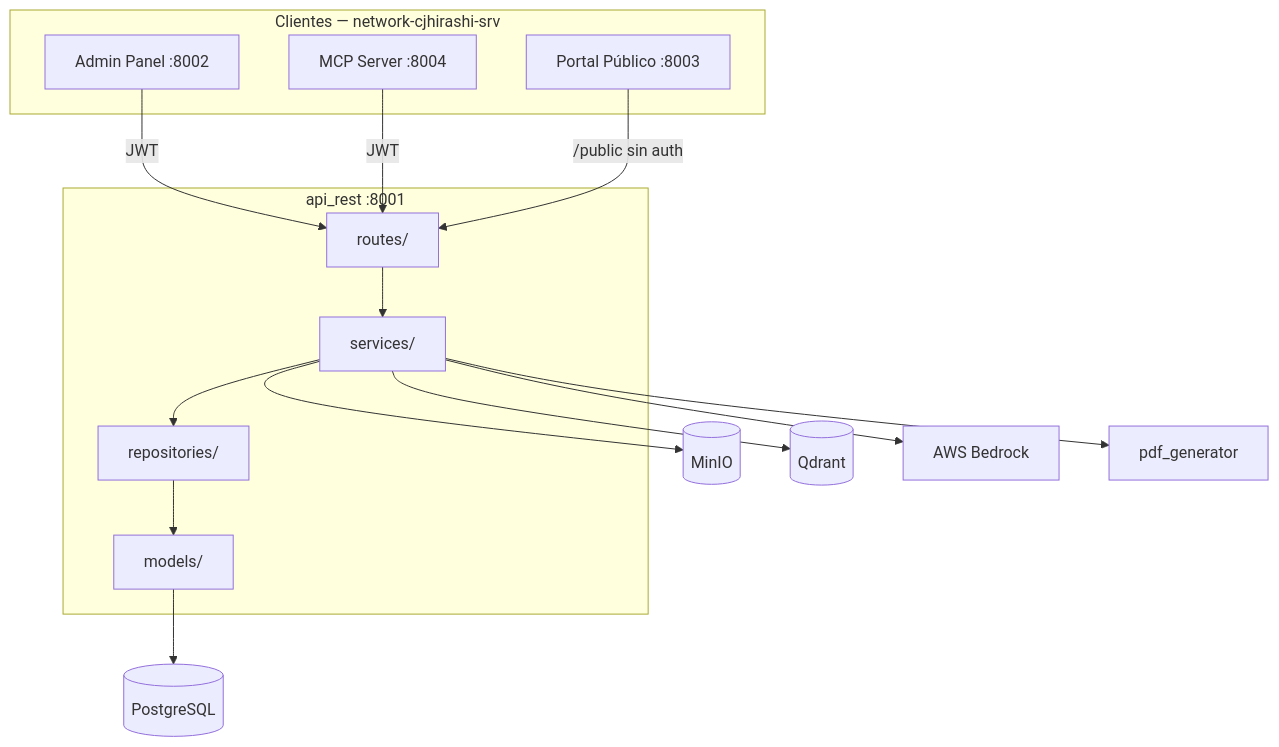
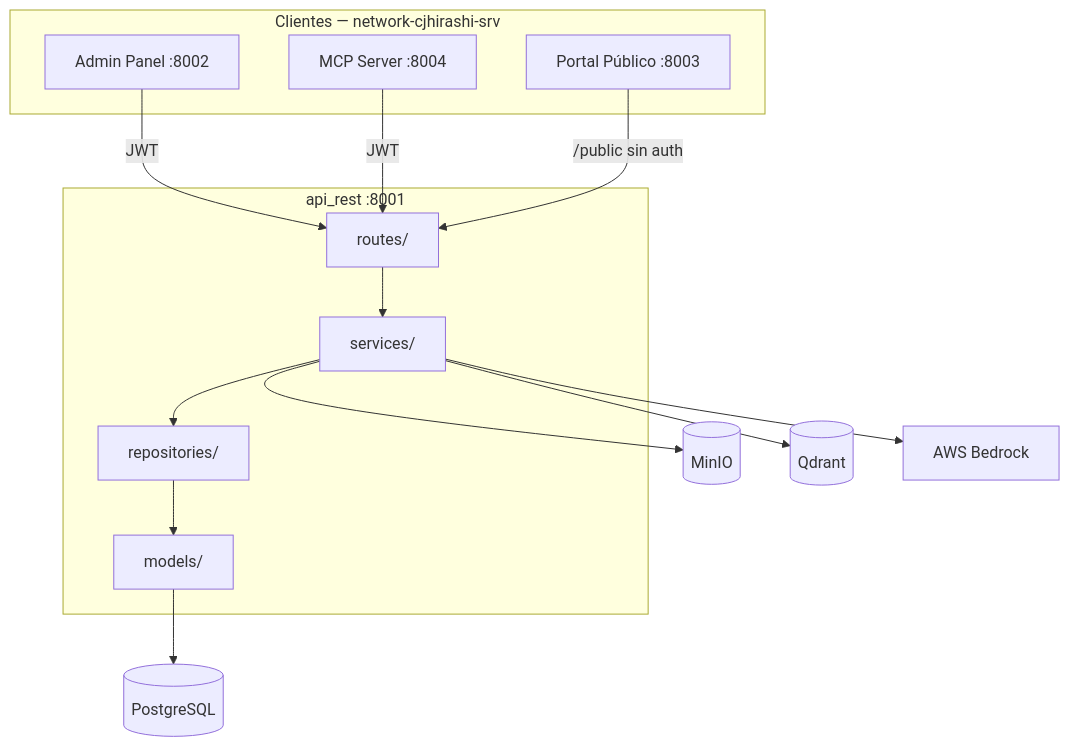
The diagram in cjhirashi-career-api/README.md (cjhirashi/cjhirashi-career), drawn with Mermaid before and after one commit. The commit also changed other lines of this file and 208 other files, not shown here.

````diff
--- a/cjhirashi-career-api/README.md
+++ b/cjhirashi-career-api/README.md
@@ -12,31 +12,29 @@
 ```mermaid
 flowchart TB
     subgraph Clientes["Clientes — network-cjhirashi-srv"]
         Admin[Admin Panel :8002]
         Portal[Portal Público :8003]
         MCP[MCP Server :8004]
     end
 
     subgraph API["api_rest :8001"]
         Routes[routes/]
         Services[services/]
         Repos[repositories/]
         Models[models/]
         Routes --> Services --> Repos --> Models
     end
 
     PG[(PostgreSQL)]
     MinIO[(MinIO)]
     Qdrant[(Qdrant)]
     AWS[AWS Bedrock]
-    PDF[pdf_generator]
 
     Admin -->|JWT| Routes
     MCP -->|JWT| Routes
     Portal -->|/public sin auth| Routes
     Models --> PG
     Services --> MinIO
     Services --> Qdrant
     Services --> AWS
-    Services --> PDF
 ```
````
